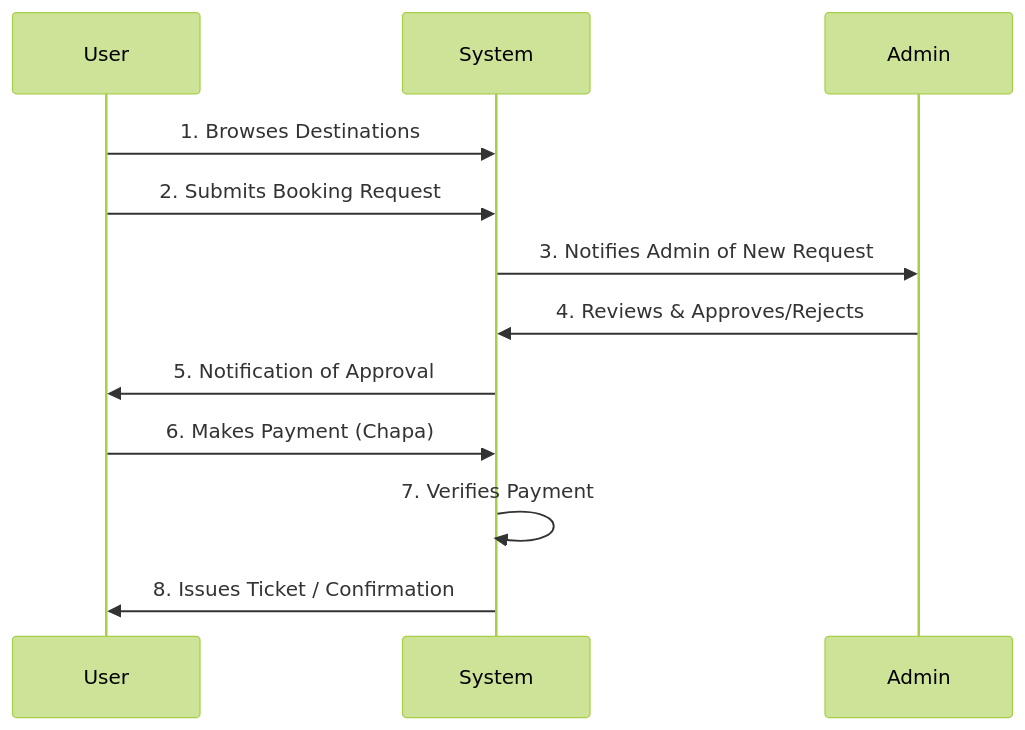
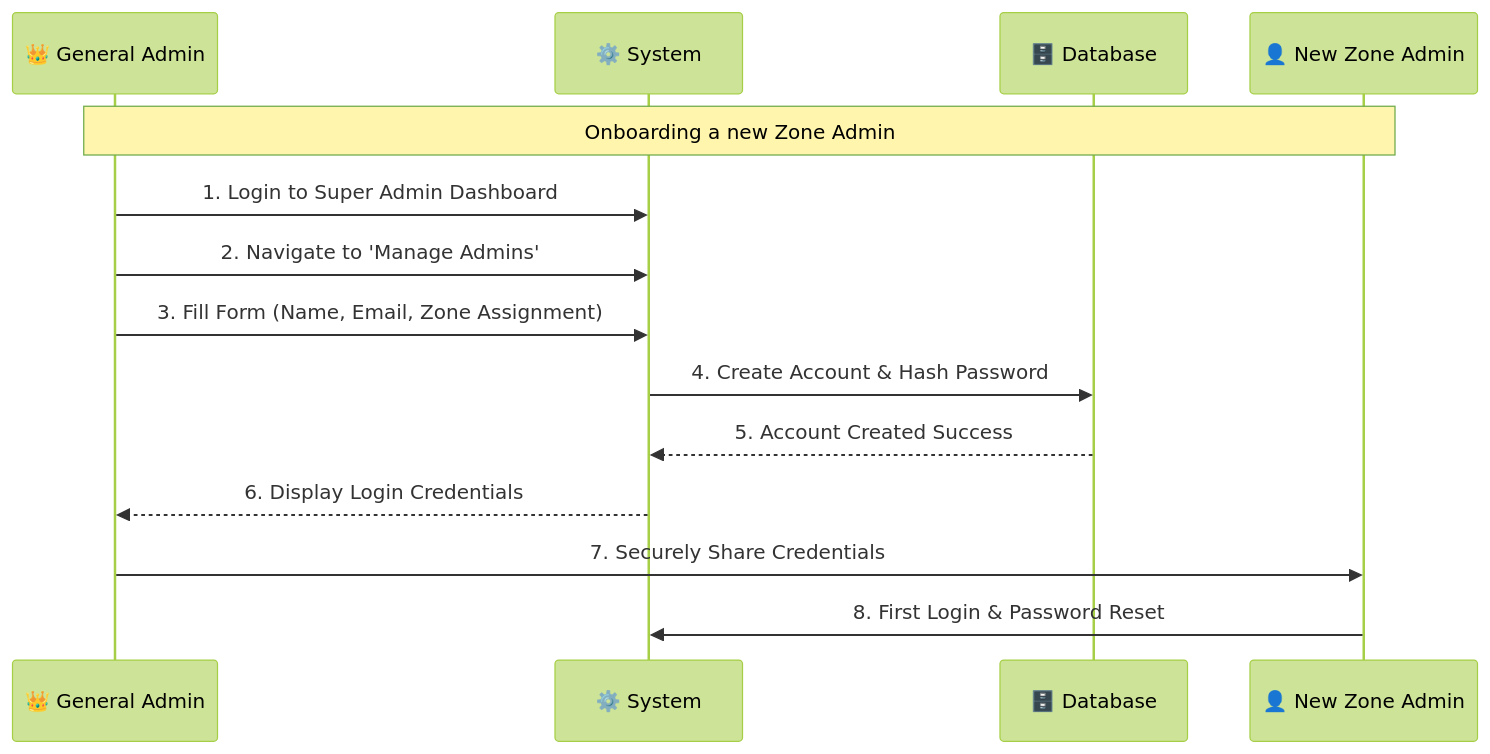
The third of 4 diagrams in README.md (Wakjira-Tesama/Oromia-Tourism-Website), drawn with Mermaid (forest theme) before and after one commit. The commit also changed other lines of this file, not shown here.

````diff
--- a/README.md
+++ b/README.md
@@ -85,15 +122,17 @@
 ```mermaid
 sequenceDiagram
-    participant User
-    participant System
-    participant Admin
-    
-    User->>System: 1. Browses Destinations
-    User->>System: 2. Submits Booking Request
-    System->>Admin: 3. Notifies Admin of New Request
-    Admin->>System: 4. Reviews & Approves/Rejects
-    System->>User: 5. Notification of Approval
-    User->>System: 6. Makes Payment (Chapa)
-    System->>System: 7. Verifies Payment
-    System->>User: 8. Issues Ticket / Confirmation
+    participant GA as 👑 General Admin
+    participant Sys as ⚙️ System
+    participant DB as 🗄️ Database
+    participant ZA as 👤 New Zone Admin
+
+    Note over GA, ZA: Onboarding a new Zone Admin
+    GA->>Sys: 1. Login to Super Admin Dashboard
+    GA->>Sys: 2. Navigate to 'Manage Admins'
+    GA->>Sys: 3. Fill Form (Name, Email, Zone Assignment)
+    Sys->>DB: 4. Create Account & Hash Password
+    DB-->>Sys: 5. Account Created Success
+    Sys-->>GA: 6. Display Login Credentials
+    GA->>ZA: 7. Securely Share Credentials
+    ZA->>Sys: 8. First Login & Password Reset
 ```
````
